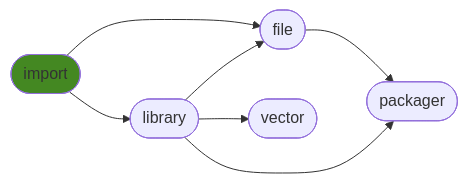
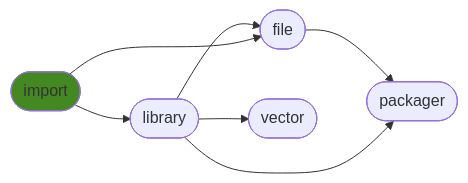
Before and after one commit to ManderaGeneral/generalimport: the diagram in README.md, drawn with Mermaid. The commit also changed other lines of this file, not shown here.

````diff
--- a/README.md
+++ b/README.md
@@ -28,15 +28,15 @@
 ```mermaid
 flowchart LR
-0([import]) --> 1([library])
+1([library]) --> 2([file])
 2([file]) --> 4([packager])
 1([library]) --> 4([packager])
+0([import]) --> 1([library])
+1([library]) --> 3([vector])
 0([import]) --> 2([file])
-1([library]) --> 3([vector])
-1([library]) --> 2([file])
 click 0 "https://github.com/ManderaGeneral/generalimport"
 click 1 "https://github.com/ManderaGeneral/generallibrary"
 click 2 "https://github.com/ManderaGeneral/generalfile"
 click 3 "https://github.com/ManderaGeneral/generalvector"
 click 4 "https://github.com/ManderaGeneral/generalpackager"
 style 0 fill:#482
 ```
````
